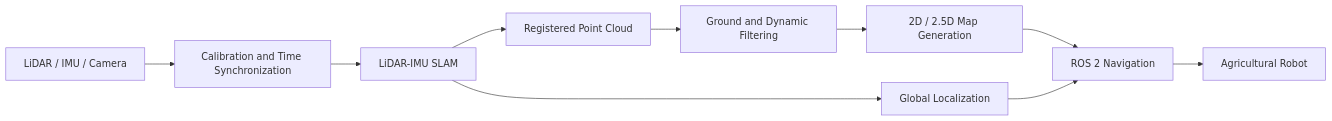
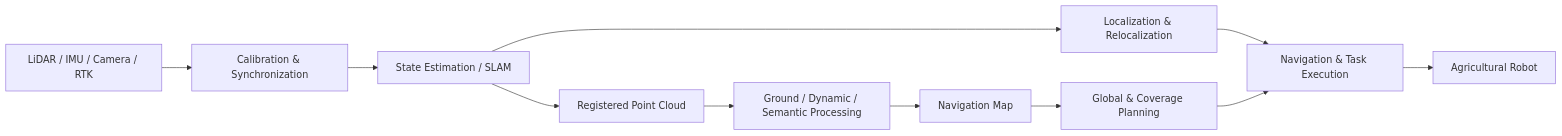
The diagram in README.md (Aldoubt/Aldoubt), drawn with Mermaid before and after one commit. The commit also changed other lines of this file, not shown here.

````diff
--- a/README.md
+++ b/README.md
@@ -58,12 +53,13 @@
 ```mermaid
 flowchart LR
-    Sensor[LiDAR / IMU / Camera] --> Sync[Calibration and Time Synchronization]
-    Sync --> SLAM[LiDAR-IMU SLAM]
-    SLAM --> Localization[Global Localization]
-    SLAM --> Cloud[Registered Point Cloud]
-    Cloud --> Processing[Ground and Dynamic Filtering]
-    Processing --> Mapping[2D / 2.5D Map Generation]
-    Mapping --> Navigation[ROS 2 Navigation]
-    Localization --> Navigation
-    Navigation --> Robot[Agricultural Robot]
+    A[LiDAR / IMU / Camera / RTK] --> B[Calibration & Synchronization]
+    B --> C[State Estimation / SLAM]
+    C --> D[Localization & Relocalization]
+    C --> E[Registered Point Cloud]
+    E --> F[Ground / Dynamic / Semantic Processing]
+    F --> G[Navigation Map]
+    G --> H[Global & Coverage Planning]
+    D --> I[Navigation & Task Execution]
+    H --> I
+    I --> J[Agricultural Robot]
 ```
````
